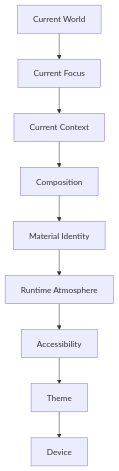
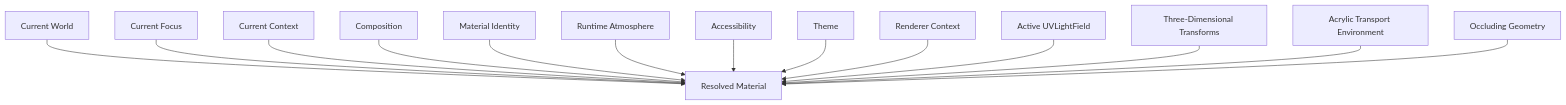
Before and after one commit to mosaic-media/architecture: the second of 9 diagrams in docs/design/system/mds-003-material-system/10-runtime-material-resolution.md, drawn with Mermaid. The commit also changed other lines of this file and 12 other files, not shown here.

Commit message:
docs(mds-003): define refraction architecture

````diff
--- a/docs/design/system/mds-003-material-system/10-runtime-material-resolution.md
+++ b/docs/design/system/mds-003-material-system/10-runtime-material-resolution.md
@@ -104,22 +109,32 @@
 ```mermaid
 flowchart TD
 
 N1["Current World"]
 N2["Current Focus"]
 N3["Current Context"]
 N4["Composition"]
 N5["Material Identity"]
 N6["Runtime Atmosphere"]
 N7["Accessibility"]
 N8["Theme"]
-N9["Device"]
+N9["Renderer Context"]
+N10["Active UVLightField"]
+N11["Three-Dimensional Transforms"]
+N12["Acrylic Transport Environment"]
+N13["Occluding Geometry"]
+N14["Resolved Material"]
 
-N1 --> N2
-N2 --> N3
-N3 --> N4
-N4 --> N5
-N5 --> N6
-N6 --> N7
-N7 --> N8
-N8 --> N9
+N1 --> N14
+N2 --> N14
+N3 --> N14
+N4 --> N14
+N5 --> N14
+N6 --> N14
+N7 --> N14
+N8 --> N14
+N9 --> N14
+N10 --> N14
+N11 --> N14
+N12 --> N14
+N13 --> N14
 ```
````
